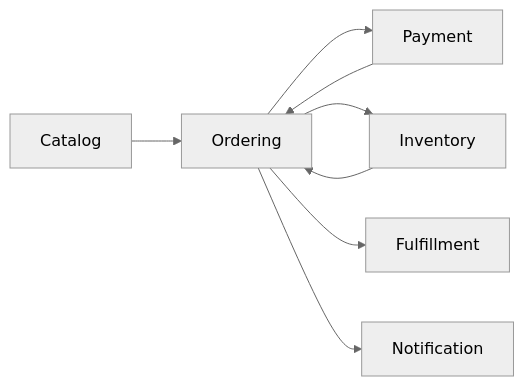
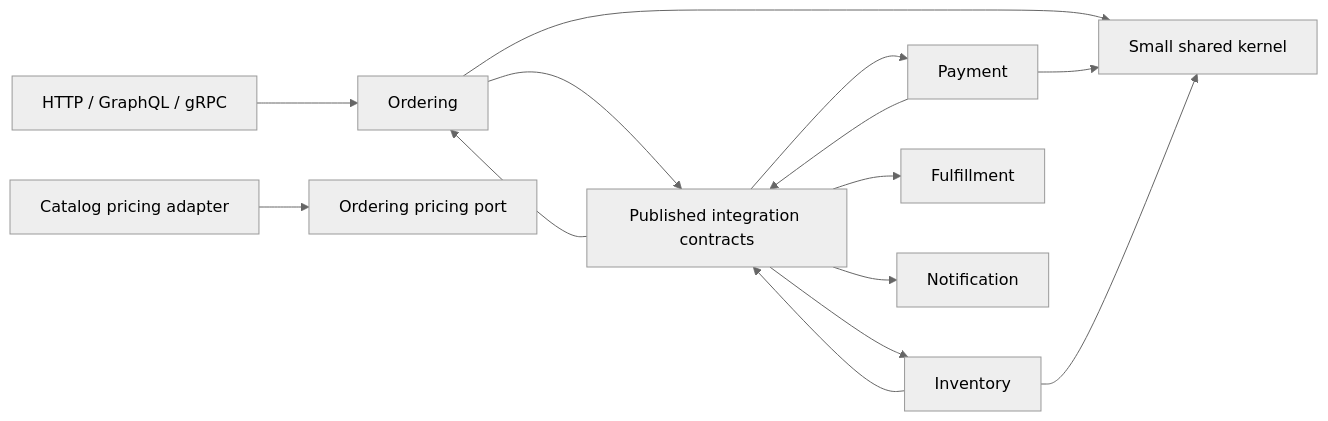
One commit to KubaTworek/Software-Engineer-Roadmap changed the diagram in projects/project-2/docs/diagrams/module-dependencies.md. Above: the diagram before and after it, drawn with Mermaid (neutral theme). The commit also changed other lines of this file and 192 other files, not shown here.

Commit message:
feat(project-2): complete marketplace architecture and delivery labs

````diff
--- a/projects/project-2/docs/diagrams/module-dependencies.md
+++ b/projects/project-2/docs/diagrams/module-dependencies.md
@@ -3,10 +3,16 @@
 ```mermaid
 flowchart LR
-    Catalog --> Ordering
-    Ordering --> Payment
-    Ordering --> Inventory
-    Ordering --> Fulfillment
-    Ordering --> Notification
-    Payment --> Ordering
-    Inventory --> Ordering
+    HTTP[HTTP / GraphQL / gRPC] --> Ordering
+    CatalogAdapter[Catalog pricing adapter] --> OrderingPort[Ordering pricing port]
+    Ordering --> Contracts[Published integration contracts]
+    Payment --> Contracts
+    Inventory --> Contracts
+    Contracts --> Payment
+    Contracts --> Inventory
+    Contracts --> Ordering
+    Contracts --> Fulfillment
+    Contracts --> Notification
+    Ordering --> Shared[Small shared kernel]
+    Payment --> Shared
+    Inventory --> Shared
 ```
````
